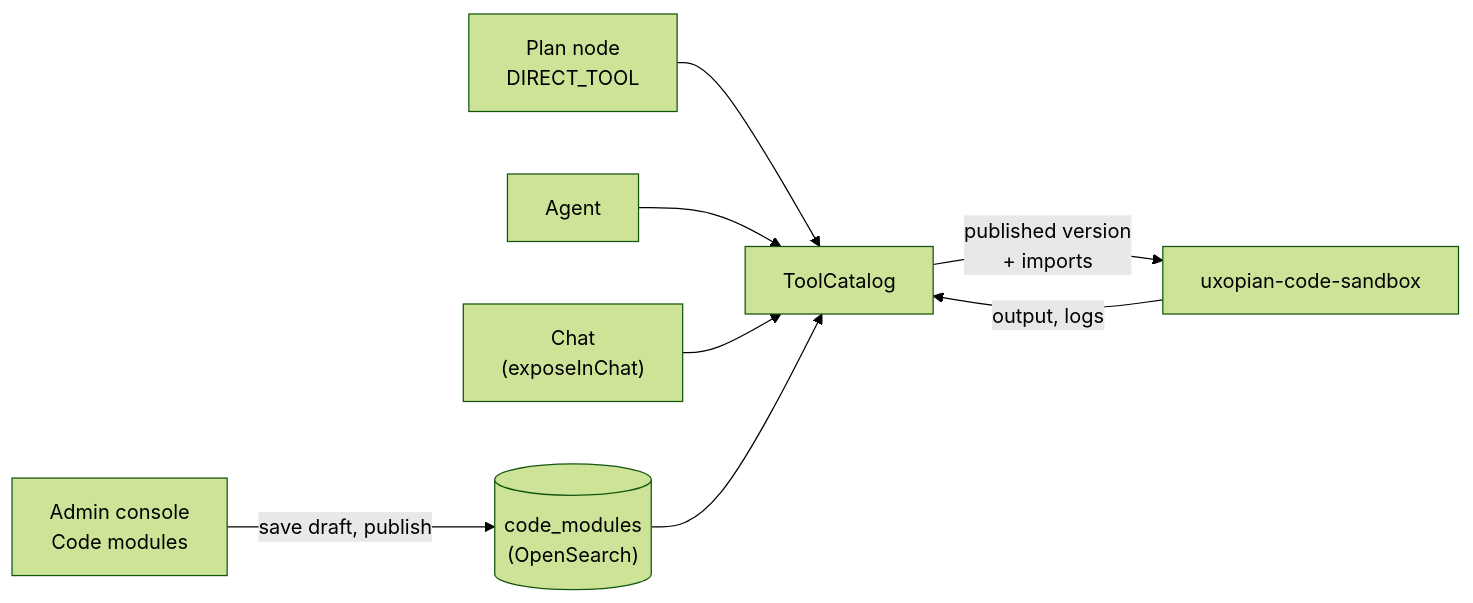
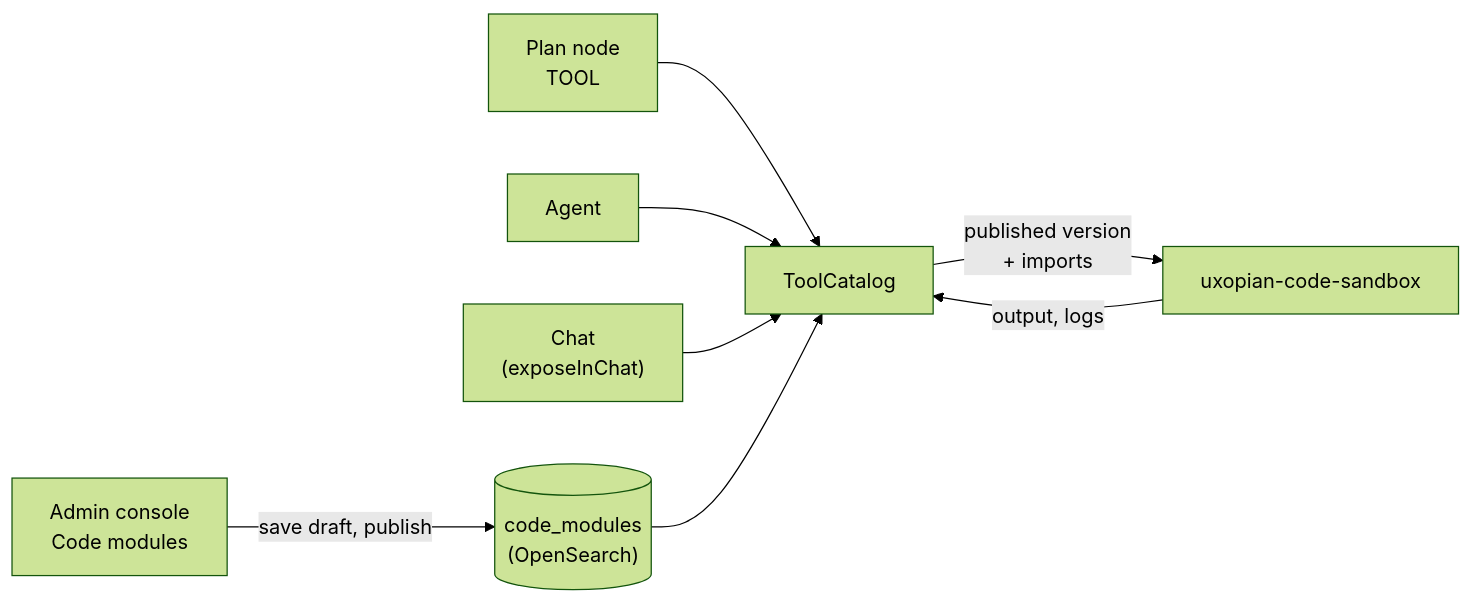
The diagram in docs/uxopian-ai/how_to/code_modules.md (Uxopian/uxodocs), drawn with Mermaid (forest theme) before and after one commit. The commit also changed other lines of this file and 4 other files, not shown here.

````diff
--- a/docs/uxopian-ai/how_to/code_modules.md
+++ b/docs/uxopian-ai/how_to/code_modules.md
@@ -11,10 +11,10 @@
 ```mermaid
 flowchart LR
     Admin["Admin console<br/>Code modules"] -->|"save draft, publish"| Index[("code_modules<br/>(OpenSearch)")]
-    Plan["Plan node<br/>DIRECT_TOOL"] --> Catalog["ToolCatalog"]
+    Plan["Plan node<br/>TOOL"] --> Catalog["ToolCatalog"]
     Agent["Agent"] --> Catalog
     Chat["Chat<br/>(exposeInChat)"] --> Catalog
     Catalog -->|"published version<br/>+ imports"| Sandbox["uxopian-code-sandbox"]
     Index --> Catalog
     Sandbox -->|"output, logs"| Catalog
 ```
````
